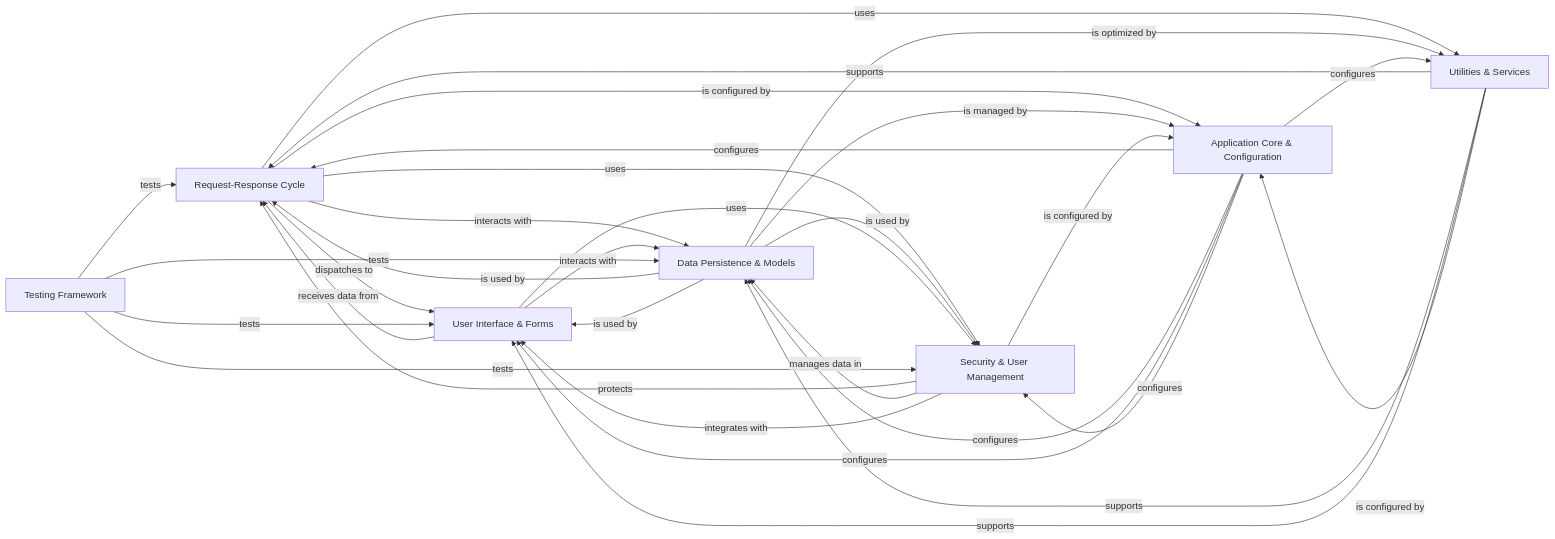
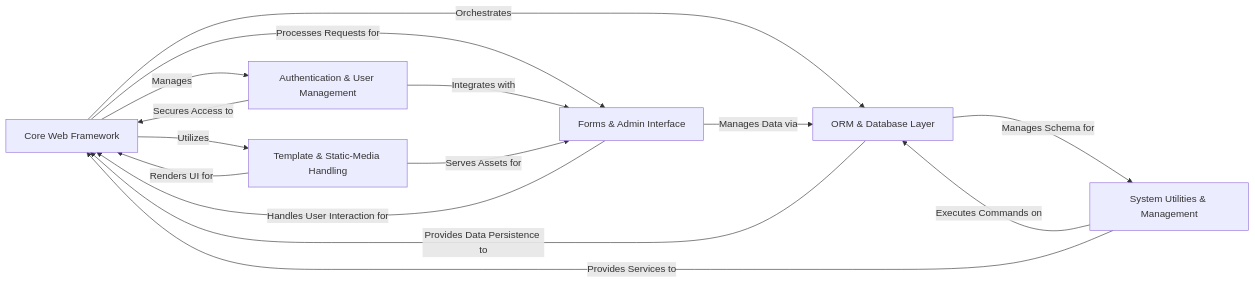
Before and after one commit to CodeBoarding/GeneratedOnBoardings: the diagram in django/on_boarding.md, drawn with Mermaid. The commit also changed other lines of this file and 13 other files, not shown here.

````diff
--- a/django/on_boarding.md
+++ b/django/on_boarding.md
@@ -1,47 +1,29 @@
 ```mermaid
 graph LR
-    Request_Response_Cycle["Request-Response Cycle"]
-    Data_Persistence_Models["Data Persistence & Models"]
-    User_Interface_Forms["User Interface & Forms"]
-    Application_Core_Configuration["Application Core & Configuration"]
-    Security_User_Management["Security & User Management"]
-    Utilities_Services["Utilities & Services"]
-    Testing_Framework["Testing Framework"]
-    Request_Response_Cycle -- "dispatches to" --> User_Interface_Forms
-    User_Interface_Forms -- "receives data from" --> Request_Response_Cycle
-    Request_Response_Cycle -- "interacts with" --> Data_Persistence_Models
-    Data_Persistence_Models -- "is used by" --> Request_Response_Cycle
-    Request_Response_Cycle -- "uses" --> Security_User_Management
-    Security_User_Management -- "protects" --> Request_Response_Cycle
-    Request_Response_Cycle -- "is configured by" --> Application_Core_Configuration
-    Application_Core_Configuration -- "configures" --> Request_Response_Cycle
-    Request_Response_Cycle -- "uses" --> Utilities_Services
-    Utilities_Services -- "supports" --> Request_Response_Cycle
-    Data_Persistence_Models -- "is used by" --> User_Interface_Forms
-    User_Interface_Forms -- "interacts with" --> Data_Persistence_Models
-    Data_Persistence_Models -- "is used by" --> Security_User_Management
-    Security_User_Management -- "manages data in" --> Data_Persistence_Models
-    Data_Persistence_Models -- "is managed by" --> Application_Core_Configuration
-    Application_Core_Configuration -- "configures" --> Data_Persistence_Models
-    Data_Persistence_Models -- "is optimized by" --> Utilities_Services
-    Utilities_Services -- "supports" --> Data_Persistence_Models
-    User_Interface_Forms -- "uses" --> Security_User_Management
-    Security_User_Management -- "integrates with" --> User_Interface_Forms
-    Application_Core_Configuration -- "configures" --> User_Interface_Forms
-    Utilities_Services -- "supports" --> User_Interface_Forms
-    Application_Core_Configuration -- "configures" --> Security_User_Management
-    Security_User_Management -- "is configured by" --> Application_Core_Configuration
-    Application_Core_Configuration -- "configures" --> Utilities_Services
-    Utilities_Services -- "is configured by" --> Application_Core_Configuration
-    Testing_Framework -- "tests" --> Request_Response_Cycle
-    Testing_Framework -- "tests" --> Data_Persistence_Models
-    Testing_Framework -- "tests" --> User_Interface_Forms
-    Testing_Framework -- "tests" --> Security_User_Management
-    click Request_Response_Cycle href "https://github.com/CodeBoarding/GeneratedOnBoardings/blob/main/django/Request-Response Cycle.md" "Details"
-    click Data_Persistence_Models href "https://github.com/CodeBoarding/GeneratedOnBoardings/blob/main/django/Data Persistence & Models.md" "Details"
-    click User_Interface_Forms href "https://github.com/CodeBoarding/GeneratedOnBoardings/blob/main/django/User Interface & Forms.md" "Details"
-    click Application_Core_Configuration href "https://github.com/CodeBoarding/GeneratedOnBoardings/blob/main/django/Application Core & Configuration.md" "Details"
-    click Security_User_Management href "https://github.com/CodeBoarding/GeneratedOnBoardings/blob/main/django/Security & User Management.md" "Details"
-    click Utilities_Services href "https://github.com/CodeBoarding/GeneratedOnBoardings/blob/main/django/Utilities & Services.md" "Details"
-    click Testing_Framework href "https://github.com/CodeBoarding/GeneratedOnBoardings/blob/main/django/Testing Framework.md" "Details"
+    Core_Web_Framework["Core Web Framework"]
+    ORM_Database_Layer["ORM & Database Layer"]
+    Forms_Admin_Interface["Forms & Admin Interface"]
+    Authentication_User_Management["Authentication & User Management"]
+    Template_Static_Media_Handling["Template & Static-Media Handling"]
+    System_Utilities_Management["System Utilities & Management"]
+    Core_Web_Framework -- "Orchestrates" --> ORM_Database_Layer
+    Core_Web_Framework -- "Processes Requests for" --> Forms_Admin_Interface
+    Core_Web_Framework -- "Utilizes" --> Template_Static_Media_Handling
+    Core_Web_Framework -- "Manages" --> Authentication_User_Management
+    ORM_Database_Layer -- "Provides Data Persistence to" --> Core_Web_Framework
+    ORM_Database_Layer -- "Manages Schema for" --> System_Utilities_Management
+    Forms_Admin_Interface -- "Handles User Interaction for" --> Core_Web_Framework
+    Forms_Admin_Interface -- "Manages Data via" --> ORM_Database_Layer
+    Authentication_User_Management -- "Secures Access to" --> Core_Web_Framework
+    Authentication_User_Management -- "Integrates with" --> Forms_Admin_Interface
+    Template_Static_Media_Handling -- "Renders UI for" --> Core_Web_Framework
+    Template_Static_Media_Handling -- "Serves Assets for" --> Forms_Admin_Interface
+    System_Utilities_Management -- "Executes Commands on" --> ORM_Database_Layer
+    System_Utilities_Management -- "Provides Services to" --> Core_Web_Framework
+    click Core_Web_Framework href "https://github.com/CodeBoarding/GeneratedOnBoardings/blob/main/django/Core Web Framework.md" "Details"
+    click ORM_Database_Layer href "https://github.com/CodeBoarding/GeneratedOnBoardings/blob/main/django/ORM & Database Layer.md" "Details"
+    click Forms_Admin_Interface href "https://github.com/CodeBoarding/GeneratedOnBoardings/blob/main/django/Forms & Admin Interface.md" "Details"
+    click Authentication_User_Management href "https://github.com/CodeBoarding/GeneratedOnBoardings/blob/main/django/Authentication & User Management.md" "Details"
+    click Template_Static_Media_Handling href "https://github.com/CodeBoarding/GeneratedOnBoardings/blob/main/django/Template & Static-Media Handling.md" "Details"
+    click System_Utilities_Management href "https://github.com/CodeBoarding/GeneratedOnBoardings/blob/main/django/System Utilities & Management.md" "Details"
 ```
````
